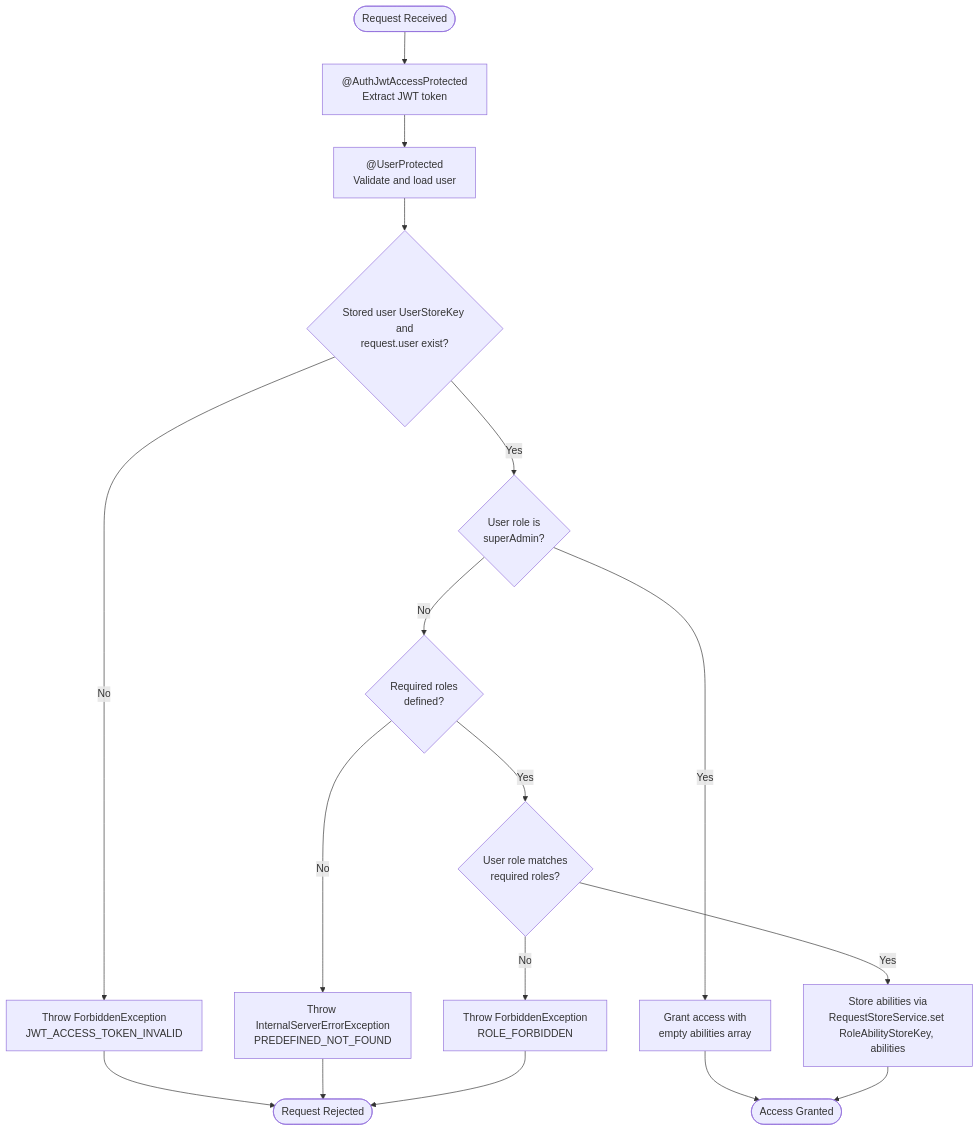
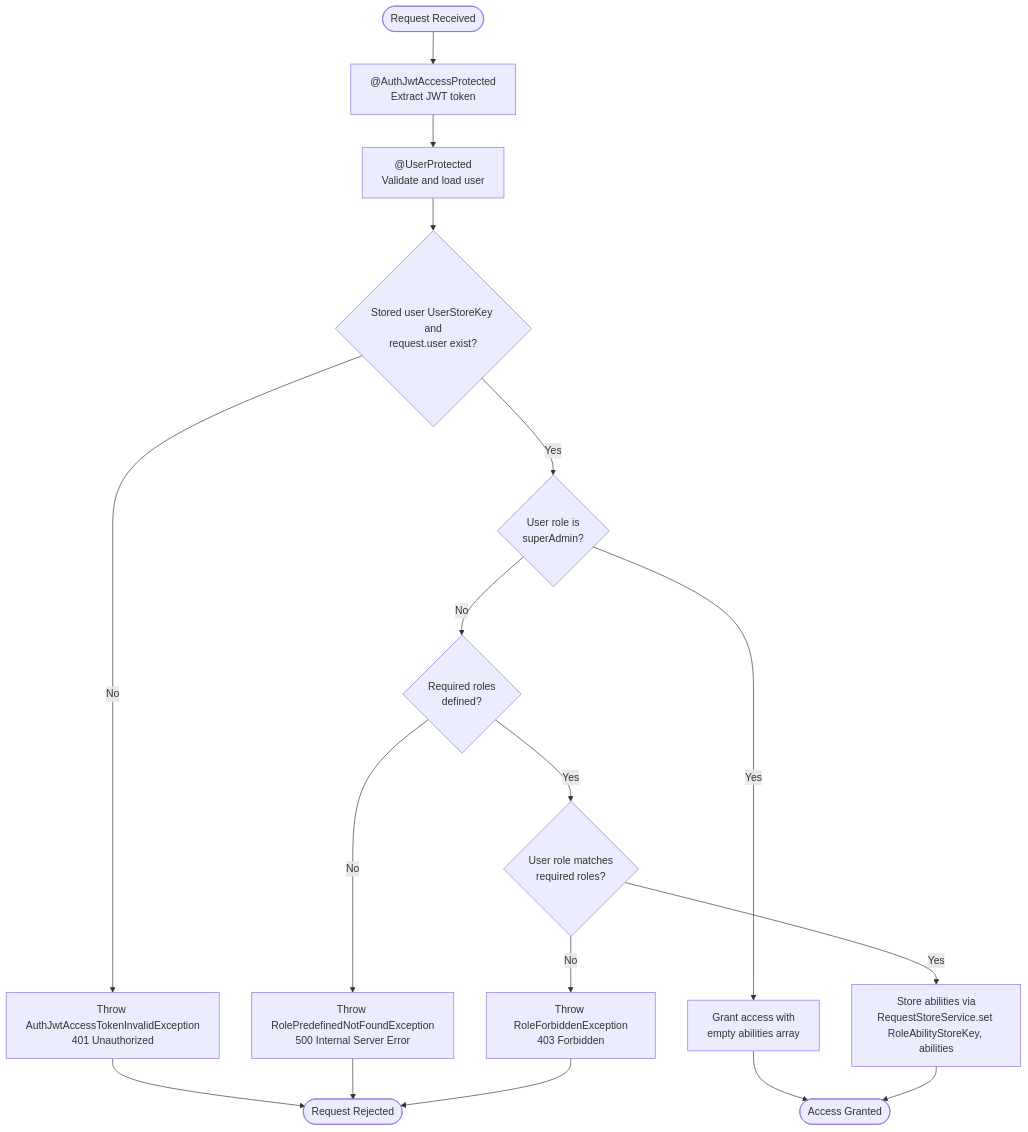
Before and after one commit to andrechristikan/ack-nestjs-boilerplate: the second of 5 diagrams in docs/authorization.md, drawn with Mermaid. The commit also changed other lines of this file and 156 other files, not shown here.

Commit message:
refactor: error exception and filter

````diff
--- a/docs/authorization.md
+++ b/docs/authorization.md
@@ -241,25 +241,25 @@
 ```mermaid
 flowchart TD
     Start([Request Received]) --> JwtGuard[ @AuthJwtAccessProtected<br/>Extract JWT token]
     JwtGuard --> UserGuard[ @UserProtected<br/>Validate and load user]
     UserGuard --> CheckUser{Stored user UserStoreKey and<br/>request.user exist?}
     
-    CheckUser -->|No| ErrorUser[Throw ForbiddenException<br/>JWT_ACCESS_TOKEN_INVALID]
+    CheckUser -->|No| ErrorUser[Throw AuthJwtAccessTokenInvalidException<br/>401 Unauthorized]
     CheckUser -->|Yes| CheckSuperAdmin{User role is<br/>superAdmin?}
     
     CheckSuperAdmin -->|Yes| GrantSuperAdmin[Grant access with<br/>empty abilities array]
     CheckSuperAdmin -->|No| CheckRequired{Required roles<br/>defined?}
     
-    CheckRequired -->|No| ErrorPredefined[Throw InternalServerErrorException<br/>PREDEFINED_NOT_FOUND]
+    CheckRequired -->|No| ErrorPredefined[Throw RolePredefinedNotFoundException<br/>500 Internal Server Error]
     CheckRequired -->|Yes| CheckRoleMatch{User role matches<br/>required roles?}
     
-    CheckRoleMatch -->|No| ErrorForbidden[Throw ForbiddenException<br/>ROLE_FORBIDDEN]
+    CheckRoleMatch -->|No| ErrorForbidden[Throw RoleForbiddenException<br/>403 Forbidden]
     CheckRoleMatch -->|Yes| SetAbilities[Store abilities via<br/>RequestStoreService.set RoleAbilityStoreKey, abilities]
     
     GrantSuperAdmin --> Success([Access Granted])
     SetAbilities --> Success
     
     ErrorUser --> End([Request Rejected])
     ErrorPredefined --> End
     ErrorForbidden --> End
 ```
````
